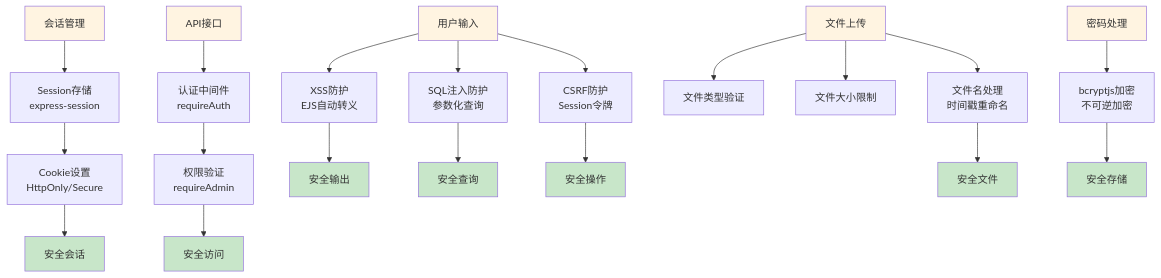
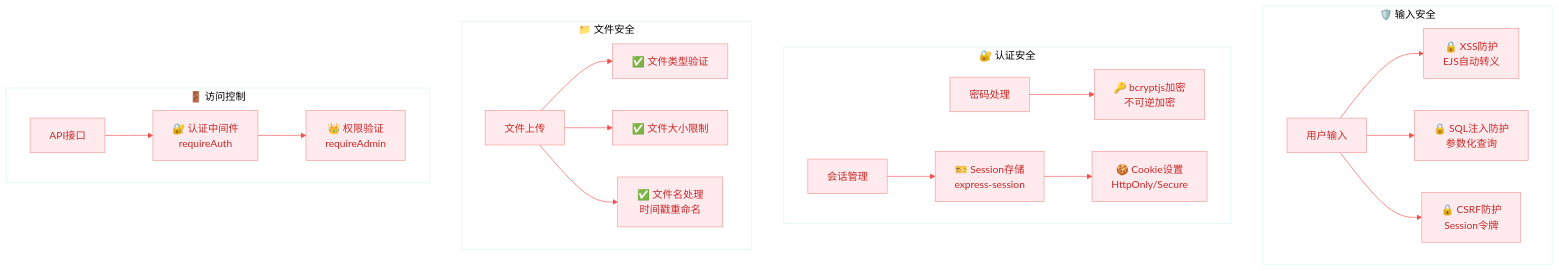
Before and after one commit to keyoshoin/movie-website: diagram 17 of 18 in docs/架构设计.md, drawn with Mermaid. The commit also changed other lines of this file, not shown here.

````diff
--- a/docs/架构设计.md
+++ b/docs/架构设计.md
@@ -704,39 +592,26 @@
 ```mermaid
+%%{init: {'theme': 'base', 'themeVariables': { 'primaryColor': '#ffebee', 'primaryTextColor': '#c62828', 'primaryBorderColor': '#ef9a9a', 'lineColor': '#ef5350'}}}%%
 graph TD
-    Input[用户输入] --> XSS[XSS防护<br/>EJS自动转义]
-    Input --> SQLInjection[SQL注入防护<br/>参数化查询]
-    Input --> CSRF[CSRF防护<br/>Session令牌]
+    subgraph input["🛡️ 输入安全"]
+        Input["用户输入"] --> XSS["🔒 XSS防护<br/>EJS自动转义"]
+        Input --> SQLInjection["🔒 SQL注入防护<br/>参数化查询"]
+        Input --> CSRF["🔒 CSRF防护<br/>Session令牌"]
+    end
     
-    Password[密码处理] --> Bcrypt[bcryptjs加密<br/>不可逆加密]
+    subgraph auth["🔐 认证安全"]
+        Password["密码处理"] --> Bcrypt["🔑 bcryptjs加密<br/>不可逆加密"]
+        Session["会话管理"] --> SessionStore["🎫 Session存储<br/>express-session"]
+        SessionStore --> Cookie["🍪 Cookie设置<br/>HttpOnly/Secure"]
+    end
     
-    Session[会话管理] --> SessionStore[Session存储<br/>express-session]
-    SessionStore --> Cookie[Cookie设置<br/>HttpOnly/Secure]
+    subgraph file["📁 文件安全"]
+        FileUpload["文件上传"] --> FileType["✅ 文件类型验证"]
+        FileUpload --> FileSize["✅ 文件大小限制"]
+        FileUpload --> FileName["✅ 文件名处理<br/>时间戳重命名"]
+    end
     
-    FileUpload[文件上传] --> FileType[文件类型验证]
-    FileUpload --> FileSize[文件大小限制]
-    FileUpload --> FileName[文件名处理<br/>时间戳重命名]
-    
-    API[API接口] --> Auth[认证中间件<br/>requireAuth]
-    Auth --> Permission[权限验证<br/>requireAdmin]
-    
-    XSS --> SafeOutput[安全输出]
-    SQLInjection --> SafeQuery[安全查询]
-    CSRF --> SafeAction[安全操作]
-    Bcrypt --> SafeStore[安全存储]
-    Cookie --> SafeSession[安全会话]
-    FileName --> SafeFile[安全文件]
-    Permission --> SafeAccess[安全访问]
-    
-    style Input fill:#fff4e1
-    style Password fill:#fff4e1
-    style Session fill:#fff4e1
-    style FileUpload fill:#fff4e1
-    style API fill:#fff4e1
-    style SafeOutput fill:#c8e6c9
-    style SafeQuery fill:#c8e6c9
-    style SafeAction fill:#c8e6c9
-    style SafeStore fill:#c8e6c9
-    style SafeSession fill:#c8e6c9
-    style SafeFile fill:#c8e6c9
-    style SafeAccess fill:#c8e6c9
+    subgraph access["🚪 访问控制"]
+        API["API接口"] --> AuthMid["🔐 认证中间件<br/>requireAuth"]
+        AuthMid --> Permission["👑 权限验证<br/>requireAdmin"]
+    end
 ```
````
